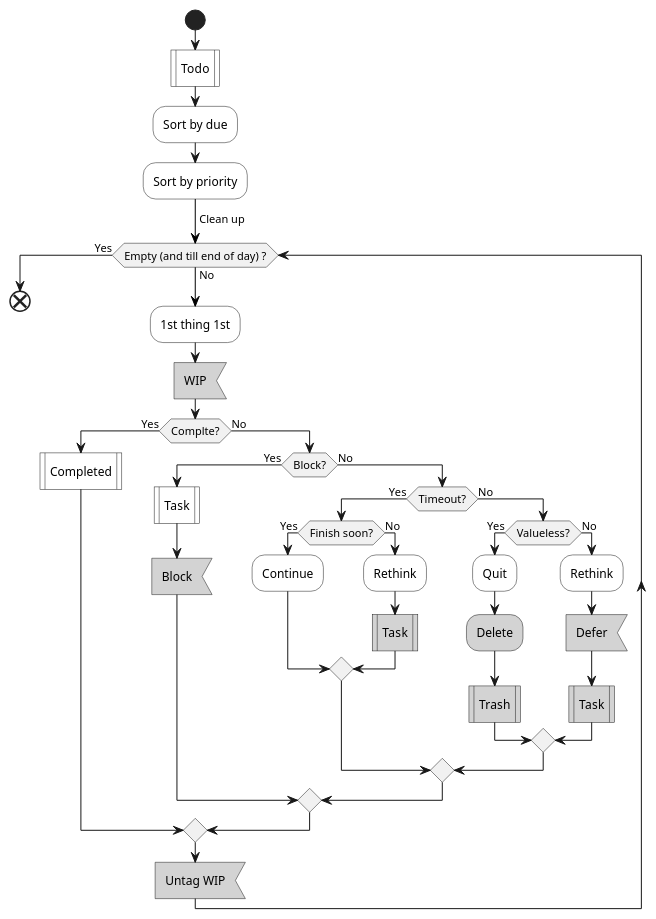
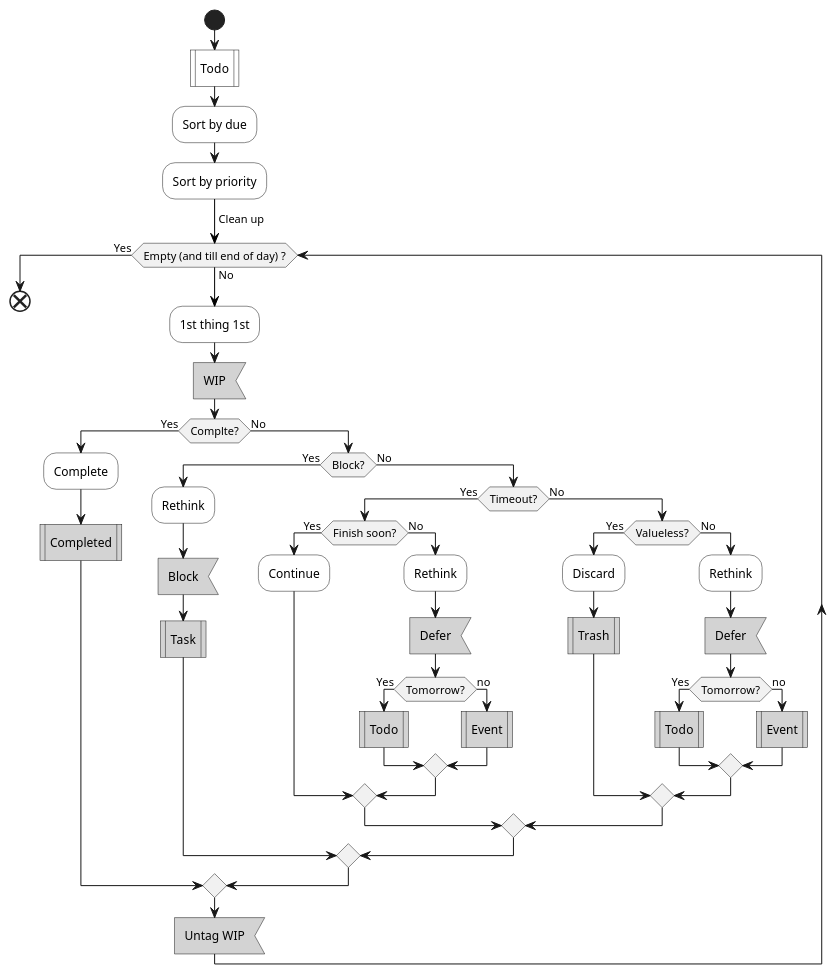
One commit to IceHe/icehe-lib changed the third of 4 diagrams in lifelogs/rehabilitation.md. Above: the diagram before and after it, drawn with PlantUML. The commit also changed other lines of this file, not shown here.

````diff
--- a/lifelogs/rehabilitation.md
+++ b/lifelogs/rehabilitation.md
@@ -309,42 +307,52 @@
 ```plantuml
 @startuml
 start
 #white:Todo|
 #white:Sort by due;
 #white:Sort by priority;
 -[#black]-> Clean up;
 while (Empty (and till end of day) ?) is (No)
     #white:1st thing 1st;
     #lightGray:WIP<
     if (Complte?) then (Yes)
-        #white:Completed|
+        #white:Complete;
+        #lightGray:Completed|
     else (No)
         if (Block?) then (Yes)
-            #white:Task|
+            #white:Rethink;
             #lightGray:Block<
+            #lightGray:Task|
         else (No)
             if (Timeout?) then (Yes)
                 if (Finish soon?) then (Yes)
                     #white:Continue;
                 else (No)
                 #white:Rethink;
-                #lightGray:Task|
+                #lightGray:Defer<
+                if (Tomorrow?) then (Yes)
+                    #lightGray:Todo|
+                else (no)
+                    #lightGray:Event|
+                endif
                 endif
             else (No)
                 if (Valueless?) then (Yes)
-                    #white:Quit;
-                    #lightGray:Delete;
+                    #white:Discard;
                     #lightGray:Trash|
                 else (No)
                     #white:Rethink;
                     #lightGray:Defer<
-                    #lightGray:Task|
+                    if (Tomorrow?) then (Yes)
+                        #lightGray:Todo|
+                    else (no)
+                        #lightGray:Event|
+                    endif
                 endif
             endif
         endif
     endif
     #lightGray:Untag WIP<
 endwhile (Yes)
 end
 @enduml
 ```
````
